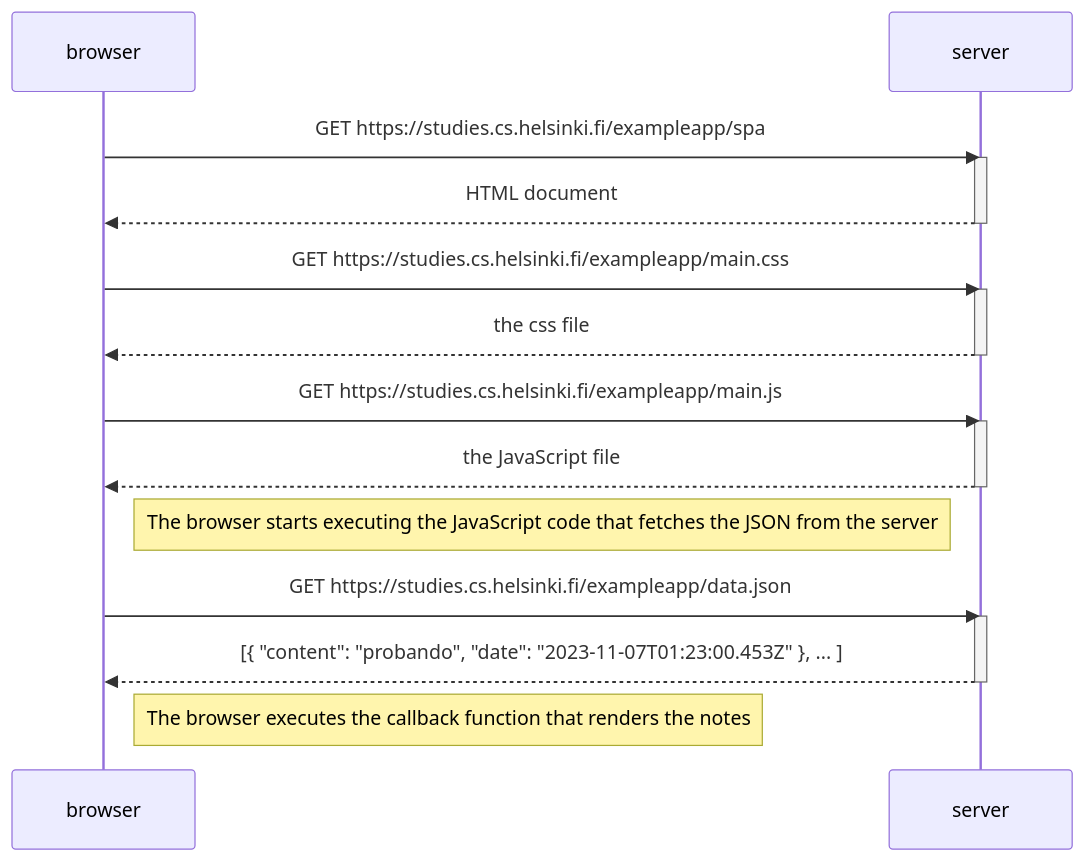
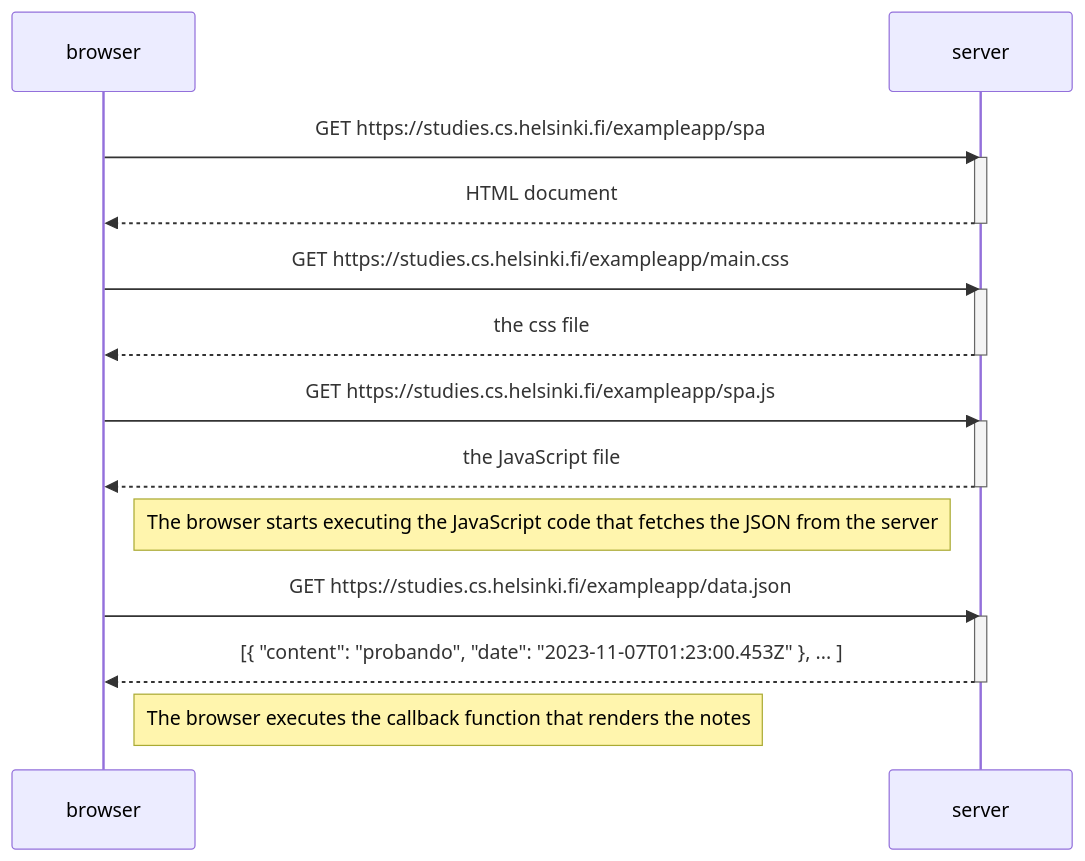
Before and after one commit to suvasama/full-stack-mooc: the diagram in part0/visit_spa.md, drawn with Mermaid.

Commit message:
fix bug: address to the spa page

````diff
--- a/part0/visit_spa.md
+++ b/part0/visit_spa.md
@@ -1,29 +1,29 @@
 ```mermaid
 sequenceDiagram
     participant browser
     participant server
 
     browser->>server: GET https://studies.cs.helsinki.fi/exampleapp/spa
     activate server
     server-->>browser: HTML document
     deactivate server
 
     browser->>server: GET https://studies.cs.helsinki.fi/exampleapp/main.css
     activate server
     server-->>browser: the css file
     deactivate server
 
-    browser->>server: GET https://studies.cs.helsinki.fi/exampleapp/main.js
+    browser->>server: GET https://studies.cs.helsinki.fi/exampleapp/spa.js
     activate server
     server-->>browser: the JavaScript file
     deactivate server
 
     Note right of browser: The browser starts executing the JavaScript code that fetches the JSON from the server
 
     browser->>server: GET https://studies.cs.helsinki.fi/exampleapp/data.json
     activate server
     server-->>browser: [{ "content": "probando", "date": "2023-11-07T01:23:00.453Z" }, ... ]
     deactivate server
 
     Note right of browser: The browser executes the callback function that renders the notes
 ```
````
